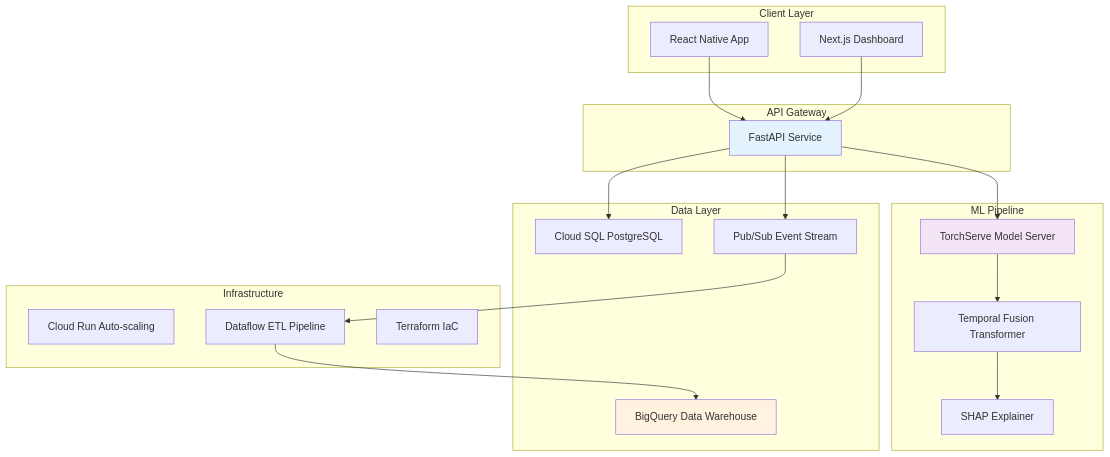
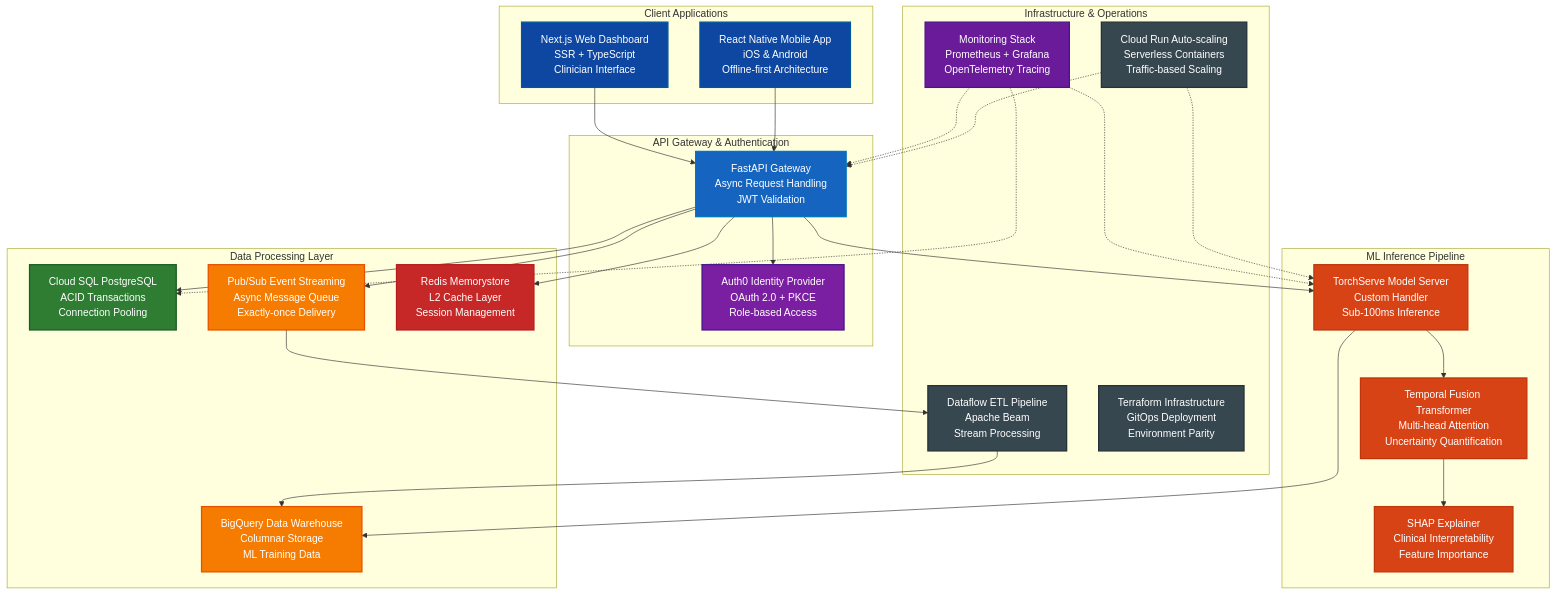
One commit to PriscillaOng12/Aegis changed the second of 2 diagrams in README.md. Above: the diagram before and after it, drawn with Mermaid. The commit also changed other lines of this file, not shown here.

````diff
--- a/README.md
+++ b/README.md
@@ -43,43 +70,67 @@
 ```mermaid
 graph TB
-    subgraph "Client Layer"
-        A[React Native App]
-        B[Next.js Dashboard]
+    subgraph "Client Applications"
+        A[React Native Mobile App<br/>iOS & Android<br/>Offline-first Architecture]
+        B[Next.js Web Dashboard<br/>SSR + TypeScript<br/>Clinician Interface]
     end
     
-    subgraph "API Gateway"
-        C[FastAPI Service]
+    subgraph "API Gateway & Authentication"
+        C[FastAPI Gateway<br/>Async Request Handling<br/>JWT Validation]
+        AUTH[Auth0 Identity Provider<br/>OAuth 2.0 + PKCE<br/>Role-based Access]
     end
     
-    subgraph "ML Pipeline"
-        D[TorchServe Model Server]
-        E[Temporal Fusion Transformer]
-        F[SHAP Explainer]
+    subgraph "ML Inference Pipeline"
+        D[TorchServe Model Server<br/>Custom Handler<br/>Sub-100ms Inference]
+        E[Temporal Fusion Transformer<br/>Multi-head Attention<br/>Uncertainty Quantification]
+        F[SHAP Explainer<br/>Clinical Interpretability<br/>Feature Importance]
     end
     
-    subgraph "Data Layer"
-        G[Cloud SQL PostgreSQL]
-        H[BigQuery Data Warehouse]
-        I[Pub/Sub Event Stream]
+    subgraph "Data Processing Layer"
+        G[Cloud SQL PostgreSQL<br/>ACID Transactions<br/>Connection Pooling]
+        H[BigQuery Data Warehouse<br/>Columnar Storage<br/>ML Training Data]
+        I[Pub/Sub Event Streaming<br/>Async Message Queue<br/>Exactly-once Delivery]
+        CACHE[Redis Memorystore<br/>L2 Cache Layer<br/>Session Management]
     end
     
-    subgraph "Infrastructure"
-        J[Cloud Run Auto-scaling]
-        K[Dataflow ETL Pipeline]
-        L[Terraform IaC]
+    subgraph "Infrastructure & Operations"
+        J[Cloud Run Auto-scaling<br/>Serverless Containers<br/>Traffic-based Scaling]
+        K[Dataflow ETL Pipeline<br/>Apache Beam<br/>Stream Processing]
+        L[Terraform Infrastructure<br/>GitOps Deployment<br/>Environment Parity]
+        M[Monitoring Stack<br/>Prometheus + Grafana<br/>OpenTelemetry Tracing]
     end
     
     A --> C
     B --> C
+    C --> AUTH
     C --> D
+    C --> CACHE
     D --> E
     E --> F
     C --> G
     C --> I
     I --> K
     K --> H
+    D --> H
     
-    style C fill:#e3f2fd
-    style D fill:#f3e5f5
-    style H fill:#fff3e0
+    J -.-> C
+    J -.-> D
+    M -.-> C
+    M -.-> D
+    M -.-> G
+    
+    style A fill:#0d47a1,stroke:#01579b,stroke-width:2px,color:#ffffff
+    style B fill:#0d47a1,stroke:#01579b,stroke-width:2px,color:#ffffff
+    style C fill:#1565c0,stroke:#0277bd,stroke-width:2px,color:#ffffff
+    style AUTH fill:#7b1fa2,stroke:#4a148c,stroke-width:2px,color:#ffffff
+    style D fill:#d84315,stroke:#bf360c,stroke-width:2px,color:#ffffff
+    style E fill:#d84315,stroke:#bf360c,stroke-width:2px,color:#ffffff
+    style F fill:#d84315,stroke:#bf360c,stroke-width:2px,color:#ffffff
+    style G fill:#2e7d32,stroke:#1b5e20,stroke-width:2px,color:#ffffff
+    style H fill:#f57c00,stroke:#e65100,stroke-width:2px,color:#ffffff
+    style I fill:#f57c00,stroke:#e65100,stroke-width:2px,color:#ffffff
+    style CACHE fill:#c62828,stroke:#b71c1c,stroke-width:2px,color:#ffffff
+    style J fill:#37474f,stroke:#263238,stroke-width:2px,color:#ffffff
+    style K fill:#37474f,stroke:#263238,stroke-width:2px,color:#ffffff
+    style L fill:#37474f,stroke:#263238,stroke-width:2px,color:#ffffff
+    style M fill:#6a1b9a,stroke:#4a148c,stroke-width:2px,color:#ffffff
 ```
````
